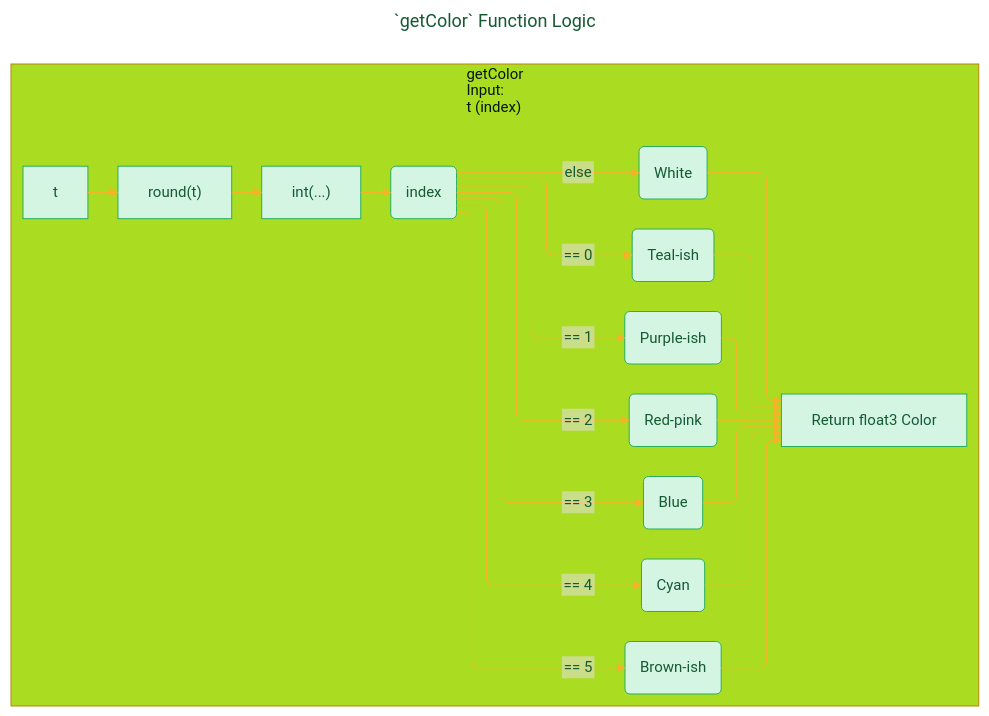
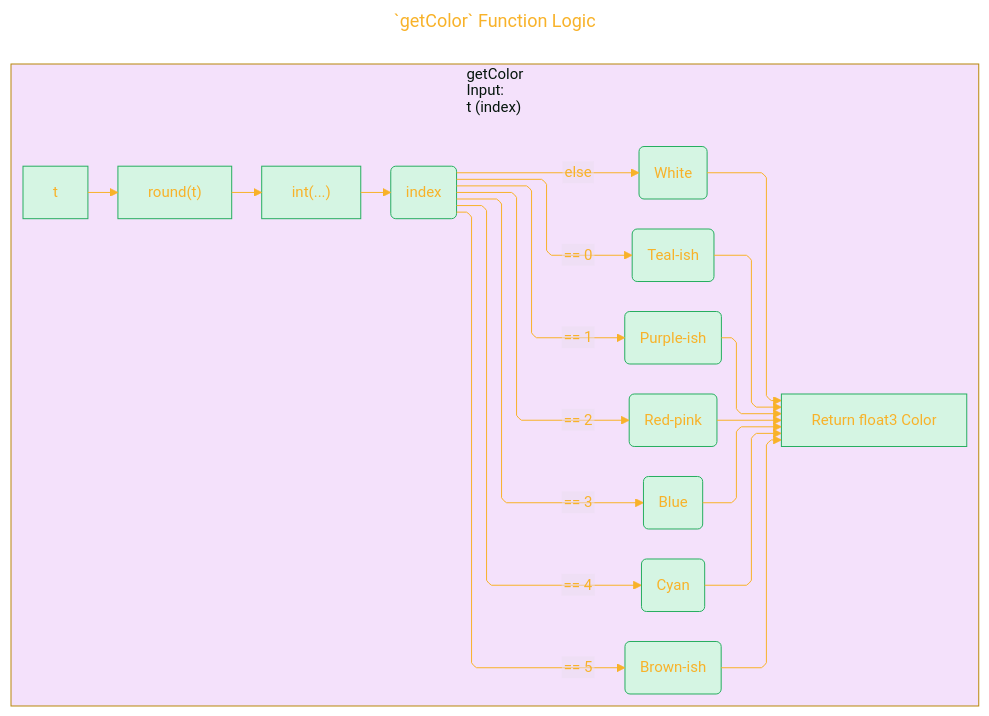
The sixth of 9 diagrams in DOCUMENTATION_Draft_1.md (CongLeSolutionX/Harmonic_Shaders), drawn with Mermaid before and after one commit. The commit also changed other lines of this file, not shown here.

````diff
--- a/DOCUMENTATION_Draft_1.md
+++ b/DOCUMENTATION_Draft_1.md
@@ -368,55 +368,55 @@
 ```mermaid
 ---
 title: "`getColor` Function Logic"
 author: "Cong Le"
 version: "1.0"
 license(s): "MIT, CC BY 4.0"
 copyright: "Copyright (c) 2025 Cong Le. All Rights Reserved."
 config:
   layout: elk
   theme: base
 ---
 %%%%%%%% Mermaid version v11.4.1-b.14
 %%%%%%%% Available curve styles include the following keywords:
 %% basis, bumpX, bumpY, cardinal, catmullRom, linear, monotoneX, monotoneY, natural, step, stepAfter, stepBefore.
 %%{
   init: {
     'flowchart': { 'htmlLabels': false, 'curve': 'linear' },
     'fontFamily': 'Monaco',
     'themeVariables': {
       'primaryColor': '#D5F5E3',
-      'primaryTextColor': '#145A32',
+      'primaryTextColor': '#F8B229',
       'lineColor': '#F8B229',
       'primaryBorderColor': '#27AE60',
       'secondaryColor': '#EBDEF0',
       'secondaryTextColor': '#6C3483',
       'secondaryBorderColor': '#A569BD',
       'fontSize': '15px'
     }
   }
 }%%
 graph LR
     subgraph getColor["getColor<br/>Input:<br/> t (index)"]
         A[t] --> Round["round(t)"]
         Round --> CastToInt["int(...)"]
         CastToInt --> Index("index")
         Index -- == 0 --> Color0("Teal-ish")
         Index -- == 1 --> Color1("Purple-ish")
         Index -- == 2 --> Color2("Red-pink")
         Index -- == 3 --> Color3("Blue")
         Index -- == 4 --> Color4("Cyan")
         Index -- == 5 --> Color5("Brown-ish")
         Index -- else --> ColorDefault("White")
 
         Color0 --> Output["Return float3 Color"]
         Color1 --> Output
         Color2 --> Output
         Color3 --> Output
         Color4 --> Output
         Color5 --> Output
         ColorDefault --> Output
     end
     
-    style getColor fill:#ad2,stroke:#b8860b
+    style getColor fill:#a2d2,stroke:#b8860b
     
 ```
````
